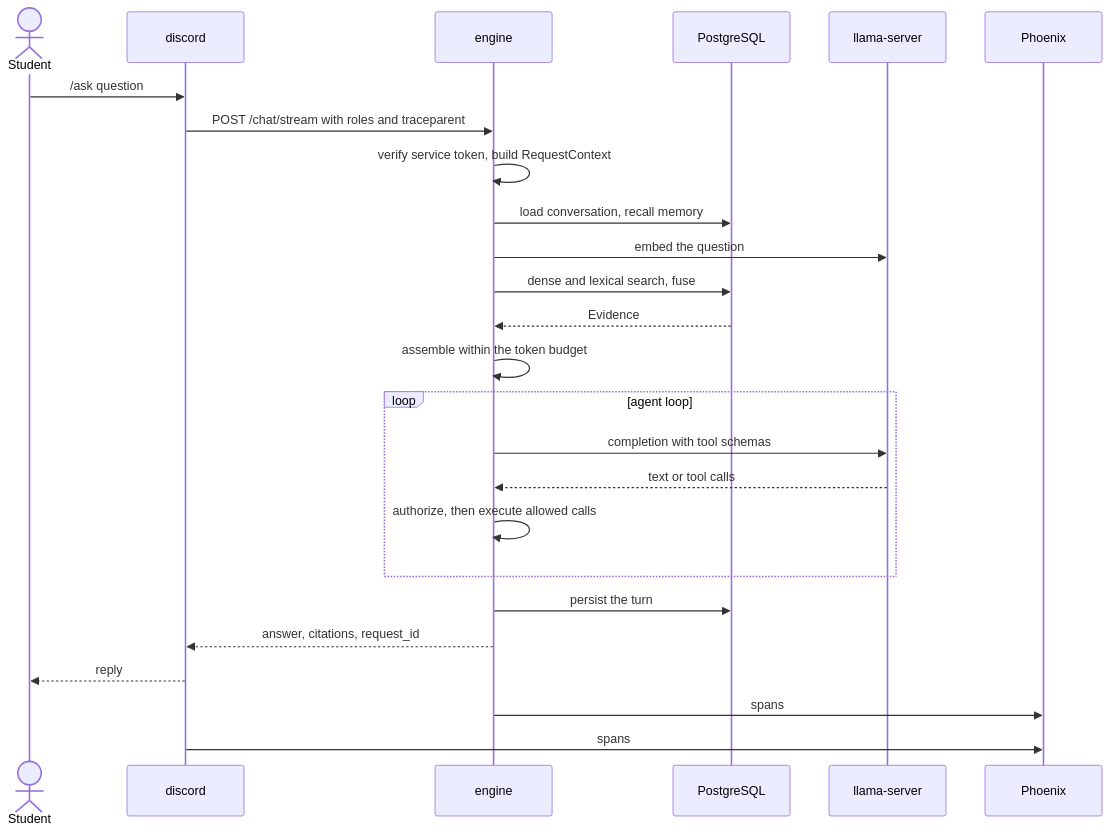
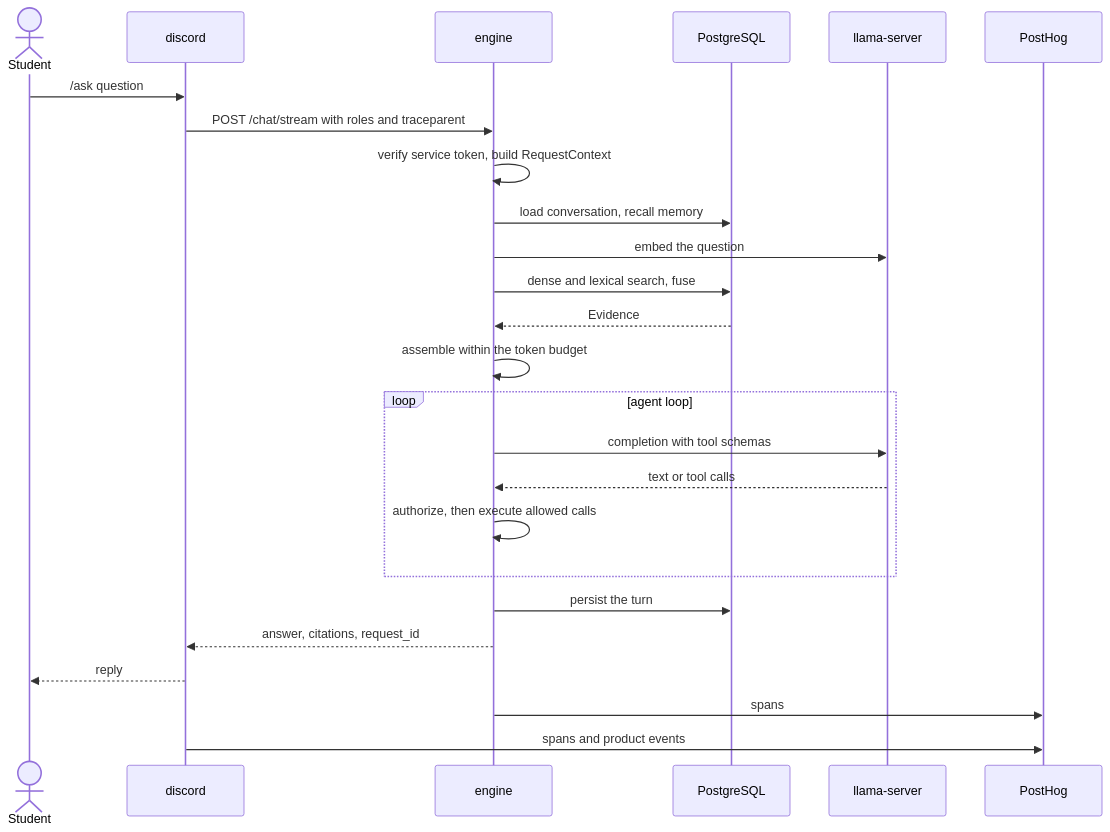
The third of 9 diagrams in docs/ARCHITECTURE.md (ashworks1706/SparkyAI), drawn with Mermaid before and after one commit. The commit also changed other lines of this file and 1 other file, not shown here.

First line of the commit message:
docs: point the architecture and agent guide at PostHog

````diff
--- a/docs/ARCHITECTURE.md
+++ b/docs/ARCHITECTURE.md
@@ -228,28 +229,28 @@
 ```mermaid
 sequenceDiagram
     actor U as Student
     participant B as discord
     participant E as engine
     participant PG as PostgreSQL
     participant M as llama-server
-    participant PX as Phoenix
+    participant PX as PostHog
 
     U->>B: /ask question
     B->>E: POST /chat/stream with roles and traceparent
     E->>E: verify service token, build RequestContext
     E->>PG: load conversation, recall memory
     E->>M: embed the question
     E->>PG: dense and lexical search, fuse
     PG-->>E: Evidence
     E->>E: assemble within the token budget
     loop agent loop
         E->>M: completion with tool schemas
         M-->>E: text or tool calls
         E->>E: authorize, then execute allowed calls
     end
     E->>PG: persist the turn
     E-->>B: answer, citations, request_id
     B-->>U: reply
     E->>PX: spans
-    B->>PX: spans
+    B->>PX: spans and product events
 ```
````
